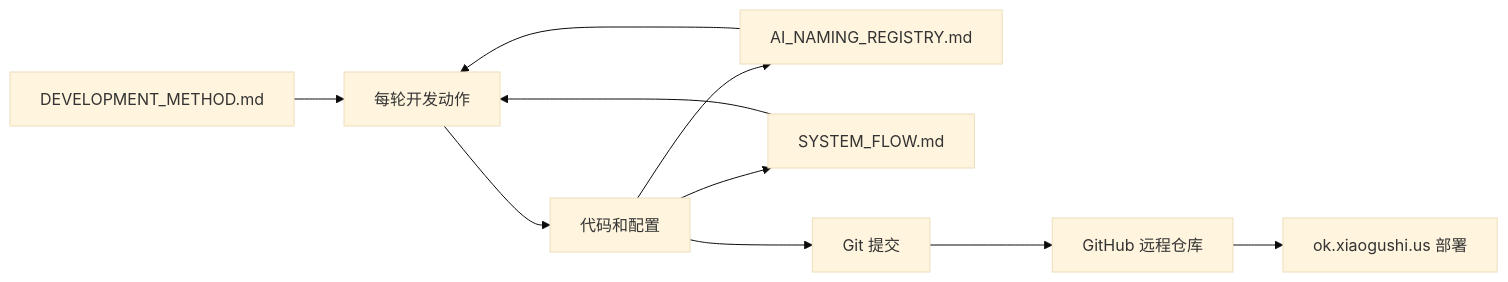
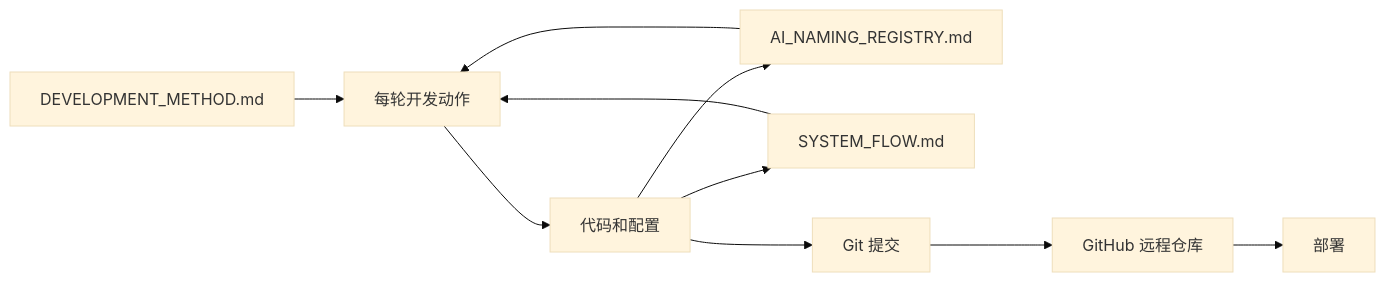
The second of 30 diagrams in docs/SYSTEM_FLOW.md (ttmanthatman/virtual-human-flow), drawn with Mermaid (base theme) before and after one commit. The commit also changed other lines of this file and 8 other files, not shown here.

````diff
--- a/docs/SYSTEM_FLOW.md
+++ b/docs/SYSTEM_FLOW.md
@@ -63,12 +63,12 @@
 ```mermaid
 flowchart LR
     DM[DEVELOPMENT_METHOD.md] --> WORK[每轮开发动作]
     NR[AI_NAMING_REGISTRY.md] --> WORK
     SF[SYSTEM_FLOW.md] --> WORK
     WORK --> CODE[代码和配置]
     CODE --> NR
     CODE --> SF
     CODE --> GIT[Git 提交]
     GIT --> GH[GitHub 远程仓库]
-    GH --> VPS[ok.xiaogushi.us 部署]
+    GH --> VPS[<production-domain> 部署]
 ```
````
